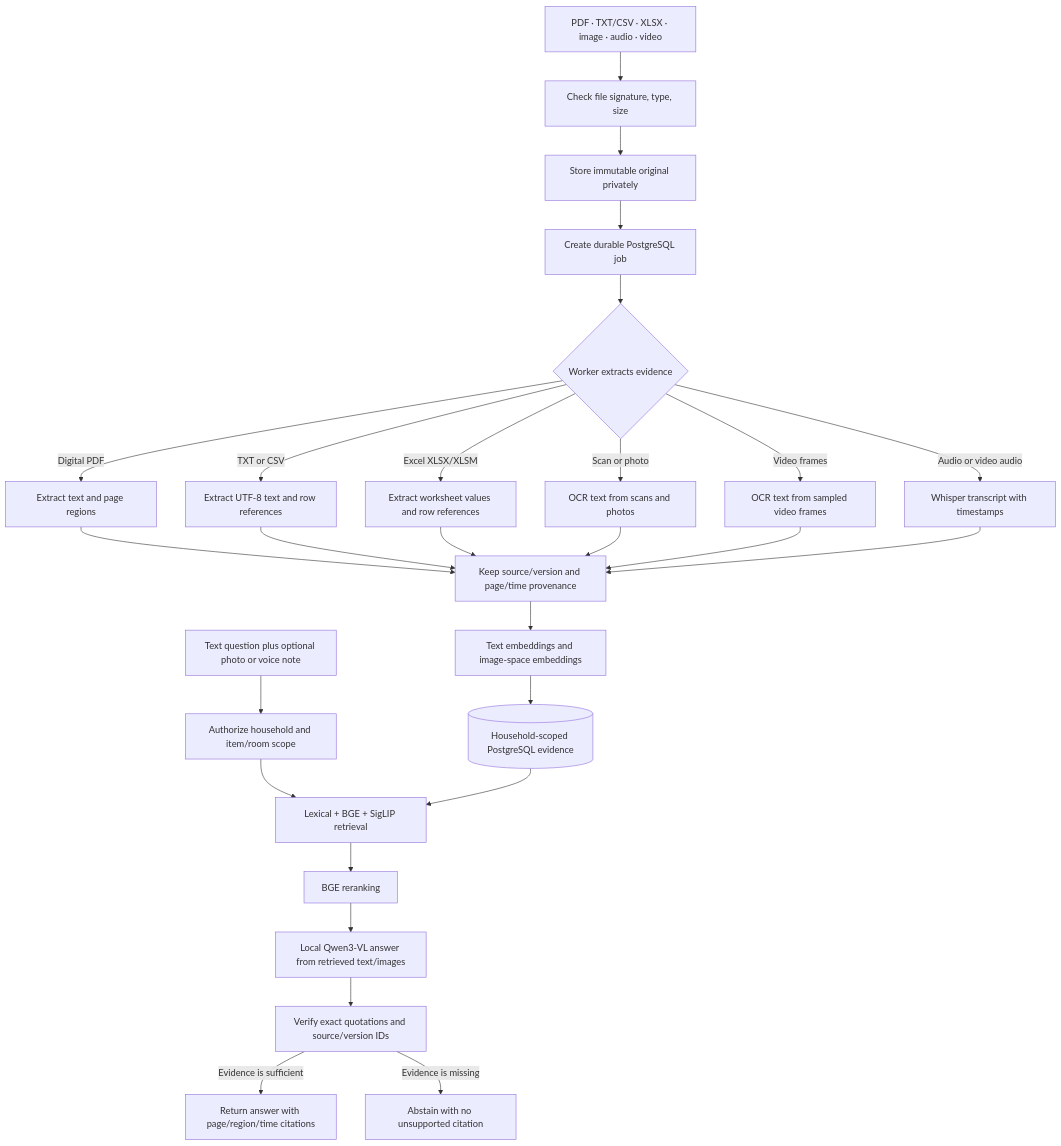
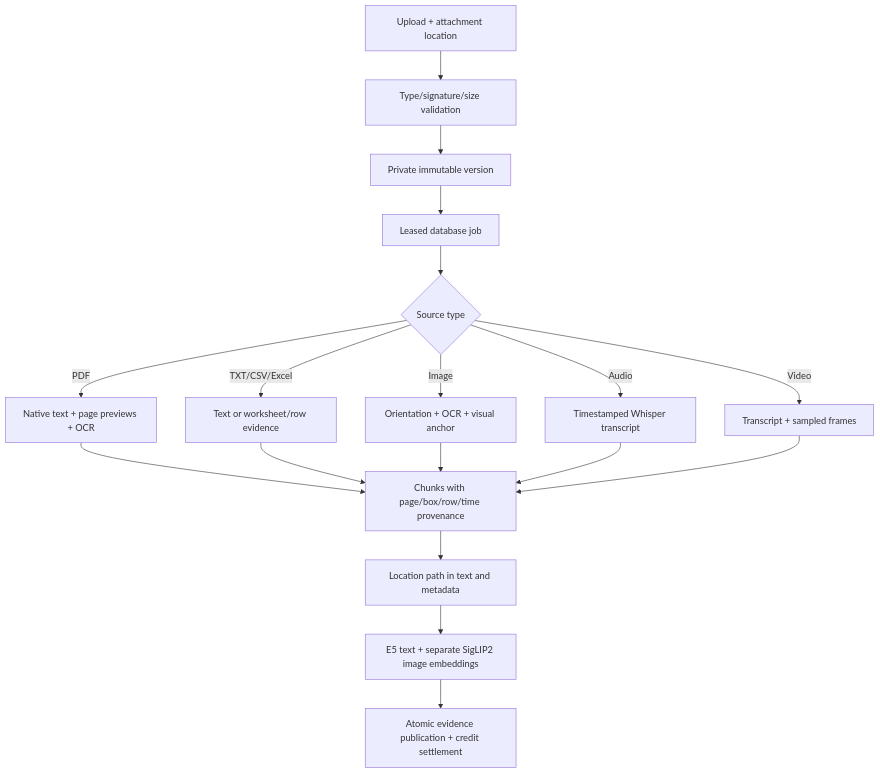
One commit to RahulAdyaa/HomeAtlas changed the third of 4 diagrams in README.md. Above: the diagram before and after it, drawn with Mermaid. The commit also changed other lines of this file and 1 other file, not shown here.

````diff
--- a/README.md
+++ b/README.md
@@ -66,30 +100,19 @@
 ```mermaid
 flowchart TD
-    Upload[PDF · TXT/CSV · XLSX · image · audio · video] --> Validate[Check file signature, type, size]
-    Validate --> Store[Store immutable original privately]
-    Store --> Queue[Create durable PostgreSQL job]
-    Queue --> Extract{Worker extracts evidence}
-    Extract -->|Digital PDF| PDF[Extract text and page regions]
-    Extract -->|TXT or CSV| Text[Extract UTF-8 text and row references]
-    Extract -->|Excel XLSX/XLSM| Sheet[Extract worksheet values and row references]
-    Extract -->|Scan or photo| OCR[OCR text from scans and photos]
-    Extract -->|Audio or video audio| Audio[Whisper transcript with timestamps]
-    Extract -->|Video frames| FrameOCR[OCR text from sampled video frames]
-    PDF --> Index[Keep source/version and page/time provenance]
-    Text --> Index
-    Sheet --> Index
-    OCR --> Index
-    FrameOCR --> Index
-    Audio --> Index
-    Index --> Embed[Text embeddings and image-space embeddings]
-    Embed --> DB[(Household-scoped PostgreSQL evidence)]
-
-    Question[Text question plus optional photo or voice note] --> Ask[Authorize household and item/room scope]
-    Ask --> Retrieve[Lexical + BGE + SigLIP retrieval]
-    DB --> Retrieve
-    Retrieve --> Rerank[BGE reranking]
-    Rerank --> Generate[Local Qwen3-VL answer from retrieved text/images]
-    Generate --> Verify[Verify exact quotations and source/version IDs]
-    Verify -->|Evidence is sufficient| Cite[Return answer with page/region/time citations]
-    Verify -->|Evidence is missing| Abstain[Abstain with no unsupported citation]
+    Upload[Upload + attachment location] --> Validate[Type/signature/size validation]
+    Validate --> Original[Private immutable version] --> Job[Leased database job]
+    Job --> Kind{Source type}
+    Kind -->|PDF| PDF[Native text + page previews + OCR]
+    Kind -->|TXT/CSV/Excel| Rows[Text or worksheet/row evidence]
+    Kind -->|Image| OCR[Orientation + OCR + visual anchor]
+    Kind -->|Audio| Speech[Timestamped Whisper transcript]
+    Kind -->|Video| Frames[Transcript + sampled frames]
+    PDF --> Chunk[Chunks with page/box/row/time provenance]
+    Rows --> Chunk
+    OCR --> Chunk
+    Speech --> Chunk
+    Frames --> Chunk
+    Chunk --> Path[Location path in text and metadata]
+    Path --> Embed[E5 text + separate SigLIP2 image embeddings]
+    Embed --> Publish[Atomic evidence publication + credit settlement]
 ```
````
